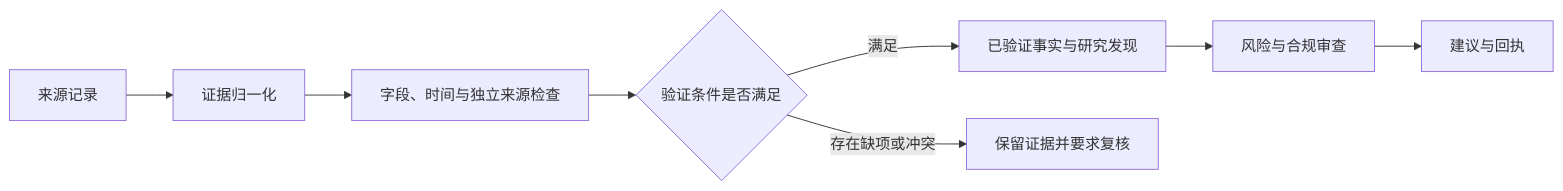
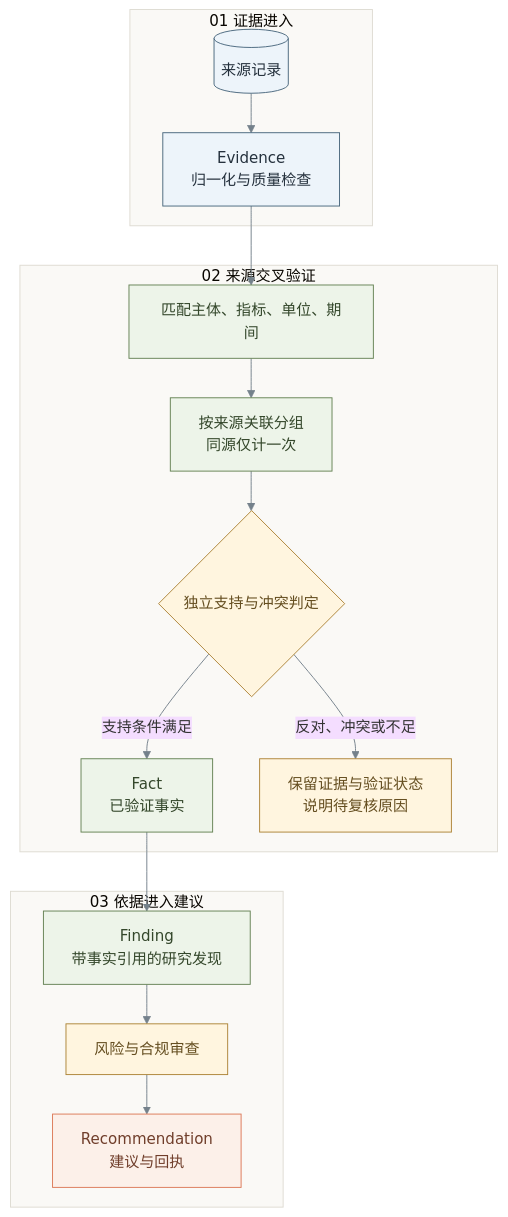
One commit to 1917173927/prism changed the fourth of 8 diagrams in docs/submission/competition-technical-solution.md. Above: the diagram before and after it, drawn with Mermaid. The commit also changed other lines of this file and 4 other files, not shown here.

Commit message:
docs: 更新技术文档标题并丰富图示

````diff
--- a/docs/submission/competition-technical-solution.md
+++ b/docs/submission/competition-technical-solution.md
@@ -277,10 +326,27 @@
 ```mermaid
-flowchart LR
-    A[来源记录] --> B[证据归一化]
-    B --> C[字段、时间与独立来源检查]
-    C --> D{验证条件是否满足}
-    D -->|满足| E[已验证事实与研究发现]
-    D -->|存在缺项或冲突| F[保留证据并要求复核]
-    E --> G[风险与合规审查]
-    G --> H[建议与回执]
+%%{init: {"theme":"base","themeVariables":{"fontFamily":"Microsoft YaHei, sans-serif","lineColor":"#74818b","clusterBkg":"#faf9f6","clusterBorder":"#dedbd2"},"flowchart":{"curve":"basis","rankSpacing":42}}}%%
+flowchart TD
+    subgraph SOURCE[01 证据进入]
+    A[(来源记录)] --> B[Evidence<br/>归一化与质量检查]
+    end
+    subgraph VALIDATE[02 来源交叉验证]
+    B --> C[匹配主体、指标、单位、期间]
+    C --> L[按来源关联分组<br/>同源仅计一次]
+    L --> D{独立支持与冲突判定}
+    D -->|支持条件满足| E[Fact<br/>已验证事实]
+    D -->|反对、冲突或不足| F[保留证据与验证状态<br/>说明待复核原因]
+    end
+    subgraph DECISION[03 依据进入建议]
+    E --> N[Finding<br/>带事实引用的研究发现]
+    N --> G[风险与合规审查]
+    G --> H[Recommendation<br/>建议与回执]
+    end
+    classDef source fill:#edf4fa,stroke:#49677d,color:#25313d
+    classDef evidence fill:#edf4e9,stroke:#658254,color:#34472b
+    classDef check fill:#fff5df,stroke:#ad8437,color:#654e20
+    classDef output fill:#fcf0e9,stroke:#dc7958,color:#703e2b
+    class A,B source
+    class C,L,E,N evidence
+    class D,F,G check
+    class H output
 ```
````
